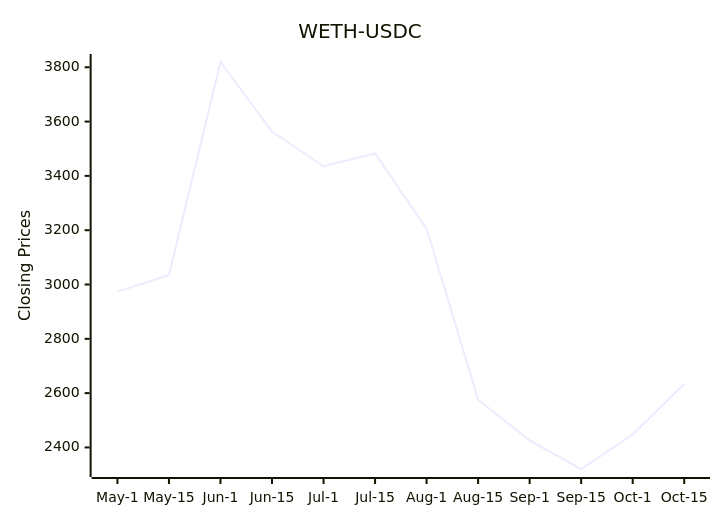
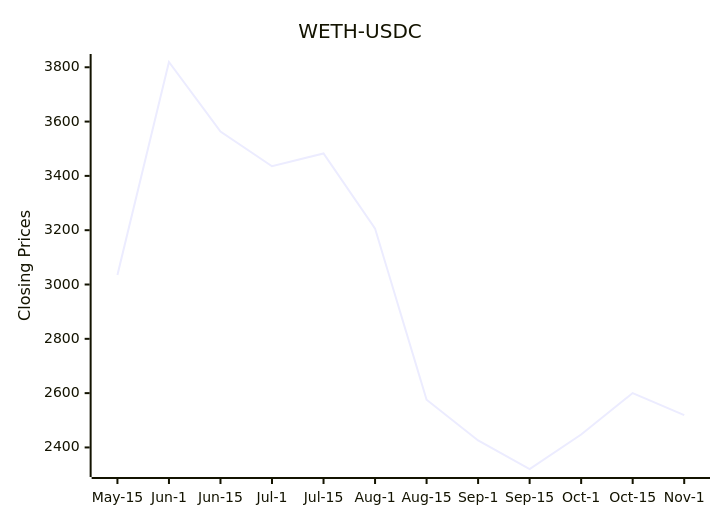
One commit to bicced/ReadmeCryptoPriceChart changed the diagram in README.md. Above: the diagram before and after it, drawn with Mermaid.

Commit message:
Update README with latest DEX data

````diff
--- a/README.md
+++ b/README.md
@@ -6,7 +6,7 @@
 ```mermaid
 xychart-beta
   title "WETH-USDC"
-  x-axis [May-1,May-15,Jun-1,Jun-15,Jul-1,Jul-15,Aug-1,Aug-15,Sep-1,Sep-15,Oct-1,Oct-15]
+  x-axis [May-15,Jun-1,Jun-15,Jul-1,Jul-15,Aug-1,Aug-15,Sep-1,Sep-15,Oct-1,Oct-15,Nov-1]
   y-axis "Closing Prices" 2320.61761915807 --> 3819.38075388494
-  line [2973.3332502791,3035.35925312099,3819.38075388494,3563.50423684803,3435.37304391752,3482.40990196361,3205.99009674922,2575.67729986359,2425.60361929393,2320.61761915807,2447.67403957906,2634.19078075187]
+  line [3035.35925312099,3819.38075388494,3563.50423684803,3435.37304391752,3482.40990196361,3205.99009674922,2575.67729986359,2425.60361929393,2320.61761915807,2447.67403957906,2600.26757373328,2518.73451588458]
 ```
````
